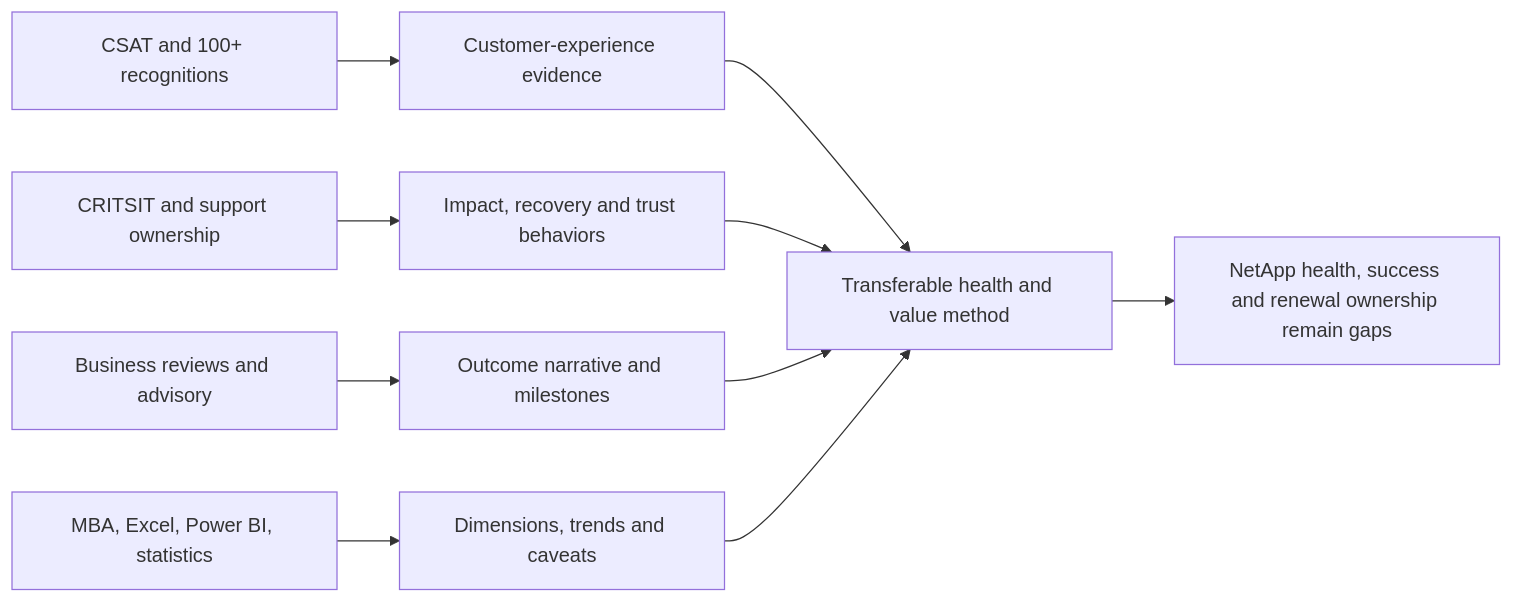
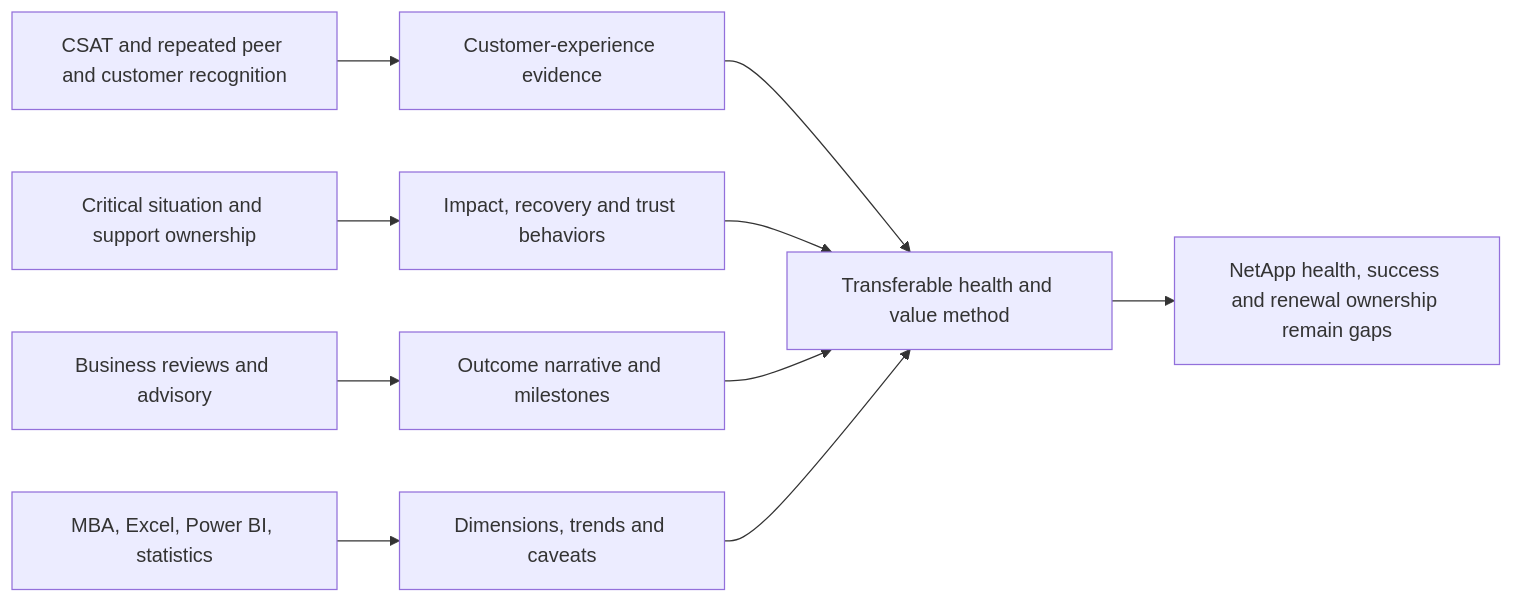
Before and after one commit to hichauhan-in/Interview-Prep: diagram 20 of 21 in NetApp TAM/prep/Part-64-customer-health-success-value.md, drawn with Mermaid. The commit also changed other lines of this file and 493 other files, not shown here.

````diff
--- a/NetApp TAM/prep/Part-64-customer-health-success-value.md
+++ b/NetApp TAM/prep/Part-64-customer-health-success-value.md
@@ -636,12 +636,12 @@
 ```mermaid
 flowchart LR
-    CSAT[CSAT and 100+ recognitions] --> EXP[Customer-experience evidence]
-    CRIT[CRITSIT and support ownership] --> TRUST[Impact, recovery and trust behaviors]
+    CSAT[CSAT and repeated peer and customer recognition] --> EXP[Customer-experience evidence]
+    CRIT[Critical situation and support ownership] --> TRUST[Impact, recovery and trust behaviors]
     REV[Business reviews and advisory] --> SUCCESS[Outcome narrative and milestones]
     BI[MBA, Excel, Power BI, statistics] --> HEALTH[Dimensions, trends and caveats]
     EXP --> METHOD[Transferable health and value method]
     TRUST --> METHOD
     SUCCESS --> METHOD
     HEALTH --> METHOD
     METHOD --> GAP[NetApp health, success and renewal ownership remain gaps]
 ```
````
